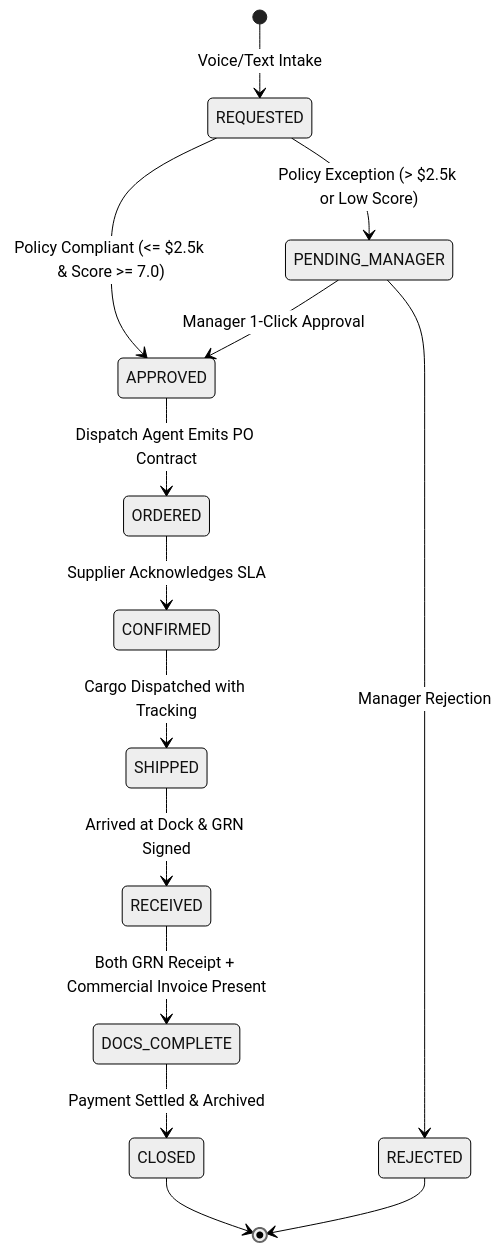
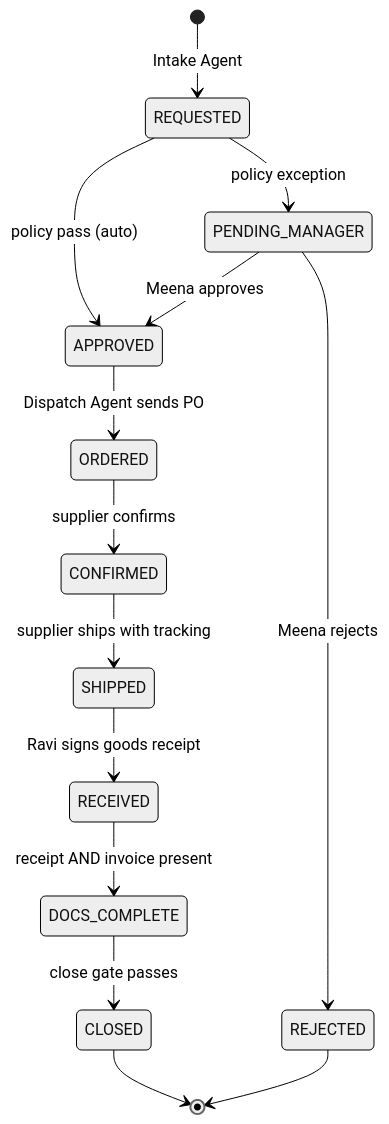
The third of 3 diagrams in README.md (BalajiG2002/logistics-autopilot-supply), drawn with Mermaid (neutral theme) before and after one commit. The commit also changed other lines of this file, not shown here.

Commit message:
docs: rewrite README with problem statement, architecture and agent walkthrough

````diff
--- a/README.md
+++ b/README.md
@@ -82,16 +169,16 @@
 ```mermaid
 stateDiagram-v2
-    [*] --> REQUESTED: Voice/Text Intake
-    REQUESTED --> APPROVED: Policy Compliant (<= $2.5k & Score >= 7.0)
-    REQUESTED --> PENDING_MANAGER: Policy Exception (> $2.5k or Low Score)
-    PENDING_MANAGER --> APPROVED: Manager 1-Click Approval
-    PENDING_MANAGER --> REJECTED: Manager Rejection
-    APPROVED --> ORDERED: Dispatch Agent Emits PO Contract
-    ORDERED --> CONFIRMED: Supplier Acknowledges SLA
-    CONFIRMED --> SHIPPED: Cargo Dispatched with Tracking
-    SHIPPED --> RECEIVED: Arrived at Dock & GRN Signed
-    RECEIVED --> DOCS_COMPLETE: Both GRN Receipt + Commercial Invoice Present
-    DOCS_COMPLETE --> CLOSED: Payment Settled & Archived
+    [*] --> REQUESTED: Intake Agent
+    REQUESTED --> APPROVED: policy pass (auto)
+    REQUESTED --> PENDING_MANAGER: policy exception
+    PENDING_MANAGER --> APPROVED: Meena approves
+    PENDING_MANAGER --> REJECTED: Meena rejects
+    APPROVED --> ORDERED: Dispatch Agent sends PO
+    ORDERED --> CONFIRMED: supplier confirms
+    CONFIRMED --> SHIPPED: supplier ships with tracking
+    SHIPPED --> RECEIVED: Ravi signs goods receipt
+    RECEIVED --> DOCS_COMPLETE: receipt AND invoice present
+    DOCS_COMPLETE --> CLOSED: close gate passes
     CLOSED --> [*]
     REJECTED --> [*]
 ```
````
